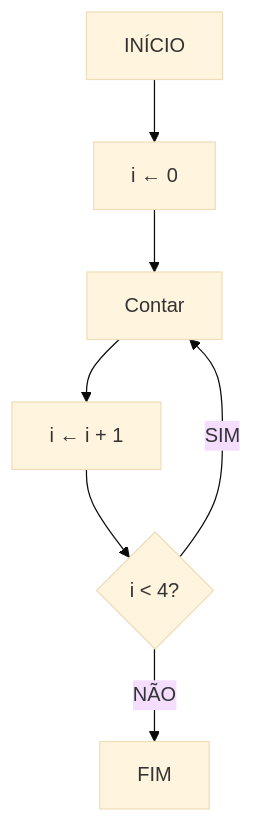
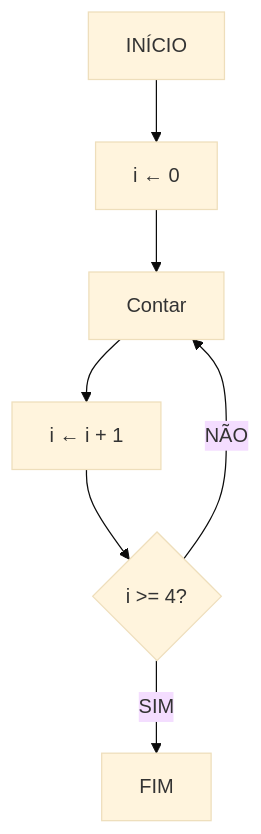
Before and after one commit to ThayronyVonHeld/java-backend-journey: the second of 2 diagrams in Readme - Lessons/fundamentals/Lesson 12 - Repetition Structure (Part 2)/lesson-12-pt.md, drawn with Mermaid (base theme). The commit also changed other lines of this file and 3 other files, not shown here.

````diff
--- a/Readme - Lessons/fundamentals/Lesson 12 - Repetition Structure (Part 2)/lesson-12-pt.md
+++ b/Readme - Lessons/fundamentals/Lesson 12 - Repetition Structure (Part 2)/lesson-12-pt.md
@@ -28,9 +47,9 @@
 ```mermaid
 flowchart TD
     A[INÍCIO] --> B[i ← 0]
     B --> C[Contar]
     C --> D[i ← i + 1]
-    D --> E{i < 4?}
-    E -->|SIM| C
-    E -->|NÃO| F[FIM]
+    D --> E{i >= 4?}
+    E -->|NÃO| C
+    E -->|SIM| F[FIM]
 ```
````
